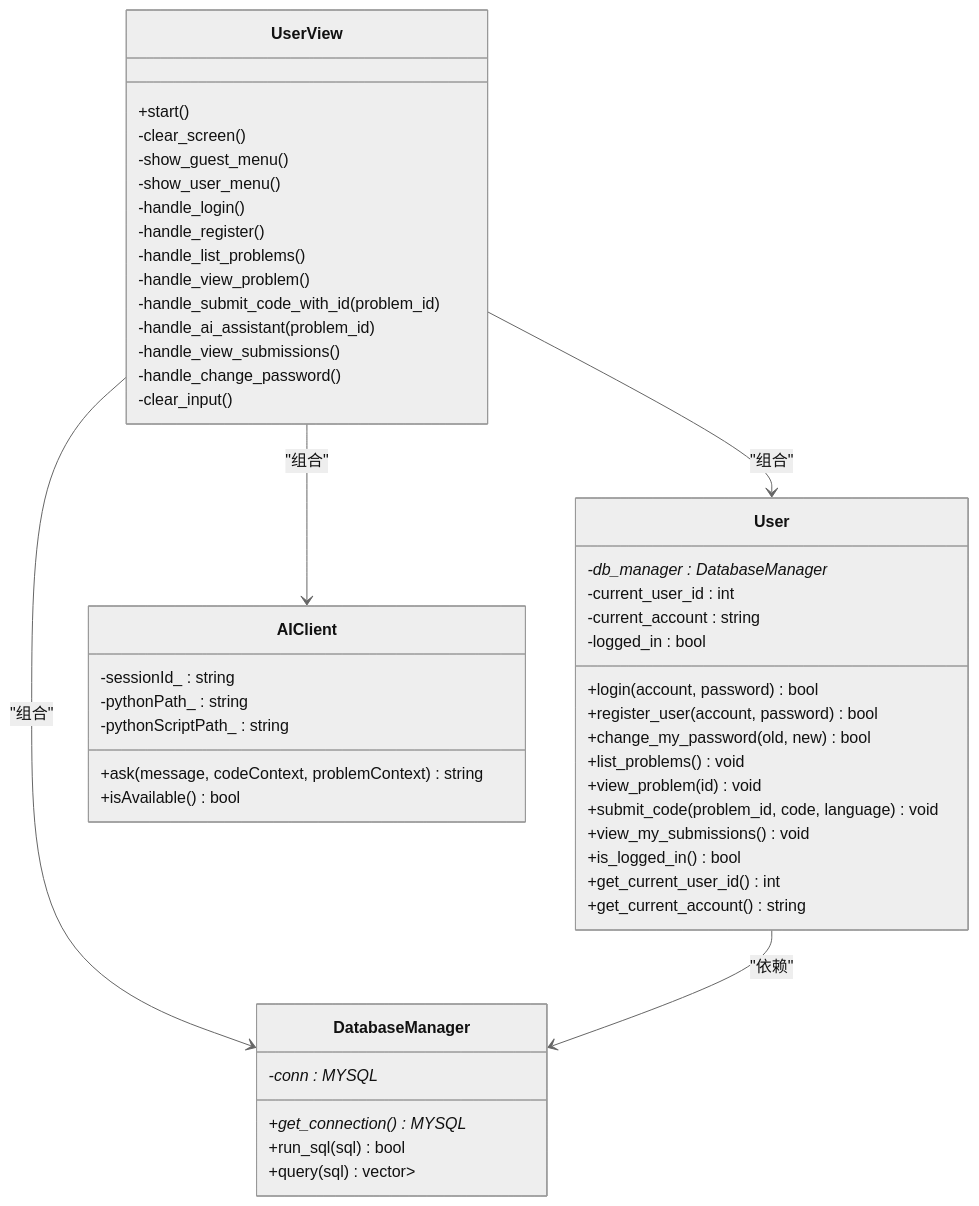
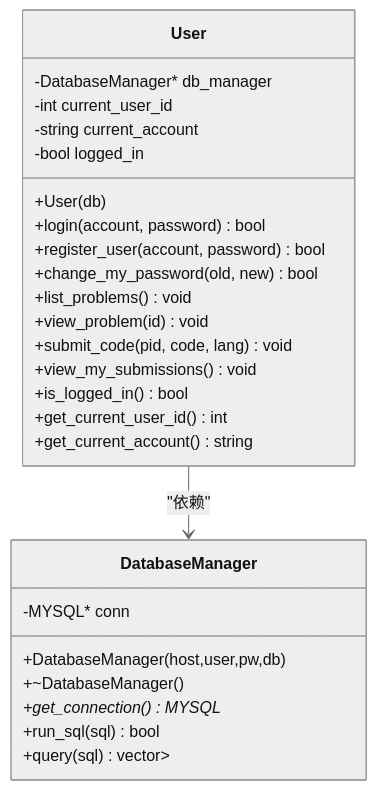
One commit to jinpeng900/OJ-Test changed the third of 7 diagrams in .qoder/repowiki/zh/content/核心模块详解/用户模块.md. Above: the diagram before and after it, drawn with Mermaid (neutral theme). The commit also changed other lines of this file and 147 other files, not shown here.

````diff
--- a/.qoder/repowiki/zh/content/核心模块详解/用户模块.md
+++ b/.qoder/repowiki/zh/content/核心模块详解/用户模块.md
@@ -92,51 +127,29 @@
 ```mermaid
 classDiagram
-class UserView {
-+start()
--clear_screen()
--show_guest_menu()
--show_user_menu()
--handle_login()
--handle_register()
--handle_list_problems()
--handle_view_problem()
--handle_submit_code_with_id(problem_id)
--handle_ai_assistant(problem_id)
--handle_view_submissions()
--handle_change_password()
--clear_input()
-}
 class User {
--db_manager : DatabaseManager*
--current_user_id : int
--current_account : string
--logged_in : bool
+-DatabaseManager* db_manager
+-int current_user_id
+-string current_account
+-bool logged_in
++User(db)
 +login(account, password) bool
 +register_user(account, password) bool
 +change_my_password(old, new) bool
 +list_problems() void
 +view_problem(id) void
-+submit_code(problem_id, code, language) void
++submit_code(pid, code, lang) void
 +view_my_submissions() void
 +is_logged_in() bool
 +get_current_user_id() int
 +get_current_account() string
 }
 class DatabaseManager {
--conn : MYSQL*
+-MYSQL* conn
++DatabaseManager(host,user,pw,db)
++~DatabaseManager()
 +get_connection() MYSQL*
 +run_sql(sql) bool
 +query(sql) vector<map<string,string>>
 }
-class AIClient {
--sessionId_ : string
--pythonPath_ : string
--pythonScriptPath_ : string
-+ask(message, codeContext, problemContext) string
-+isAvailable() bool
-}
-UserView --> User : "组合"
-UserView --> DatabaseManager : "组合"
-UserView --> AIClient : "组合"
 User --> DatabaseManager : "依赖"
 ```
````
